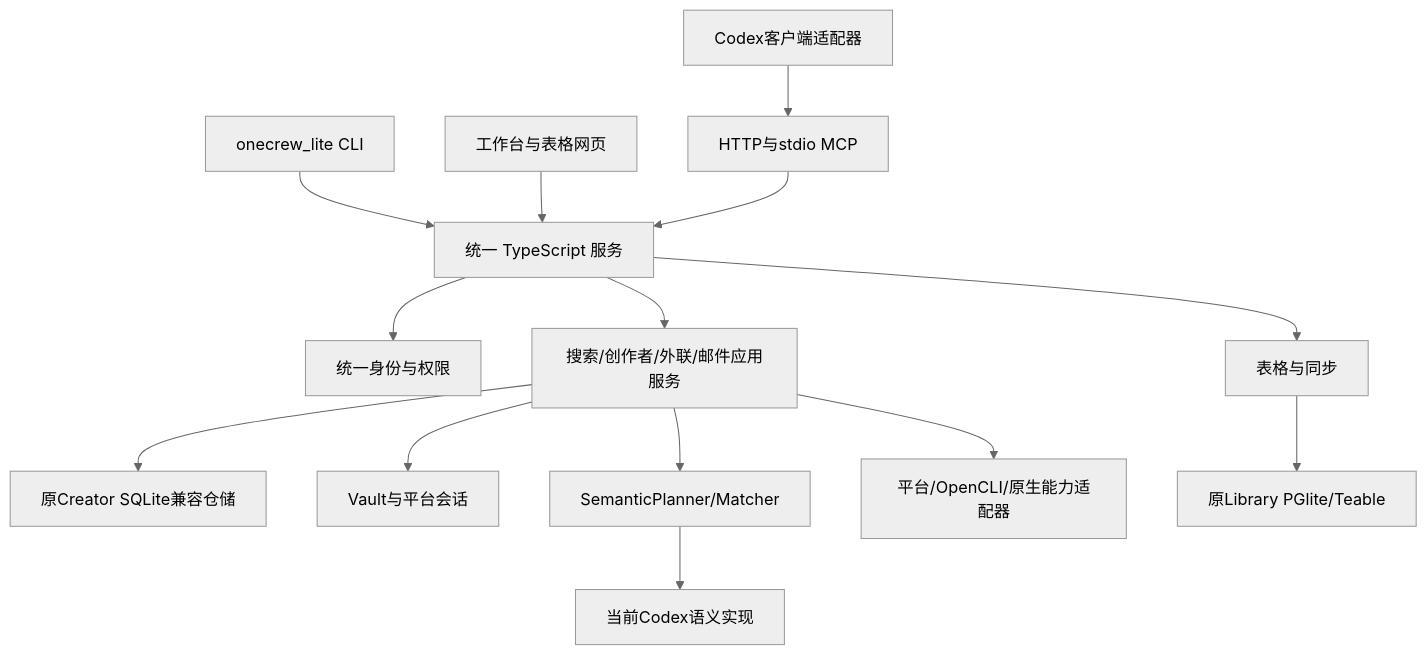
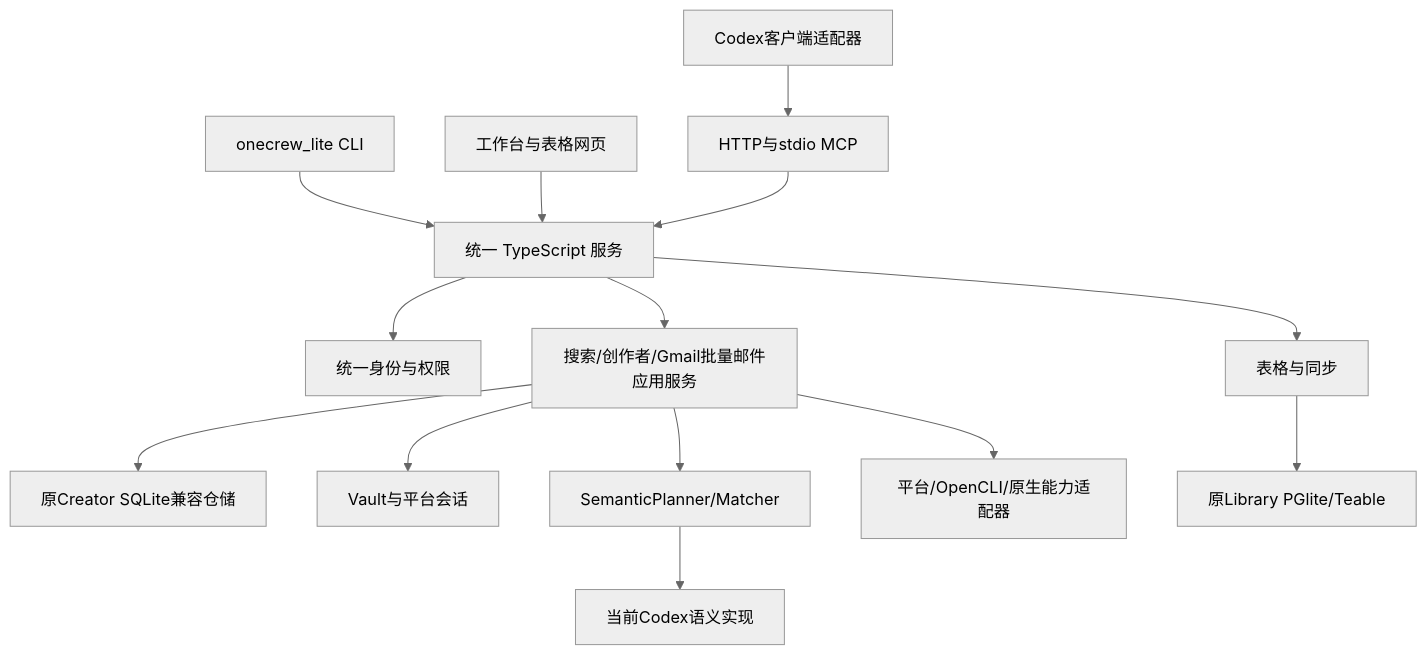
One commit to yyq8548/onecrew_lite2 changed the diagram in docs/migration/03-detailed-migration-plan.md. Above: the diagram before and after it, drawn with Mermaid (neutral theme). The commit also changed other lines of this file and 1015 other files, not shown here.

````diff
--- a/docs/migration/03-detailed-migration-plan.md
+++ b/docs/migration/03-detailed-migration-plan.md
@@ -19,16 +19,16 @@
 ```mermaid
 flowchart TD
   CLI[onecrew_lite CLI] --> S[统一 TypeScript 服务]
   WEB[工作台与表格网页] --> S
   MCP[HTTP与stdio MCP] --> S
   AD[Codex客户端适配器] --> MCP
   S --> ID[统一身份与权限]
-  S --> APP[搜索/创作者/外联/邮件应用服务]
+  S --> APP[搜索/创作者/Gmail批量邮件应用服务]
   S --> TB[表格与同步]
   APP --> SQL[原Creator SQLite兼容仓储]
   TB --> PG[原Library PGlite/Teable]
   APP --> VA[Vault与平台会话]
   APP --> SEM[SemanticPlanner/Matcher]
   APP --> PV[平台/OpenCLI/原生能力适配器]
   SEM --> CP[当前Codex语义实现]
 ```
````
